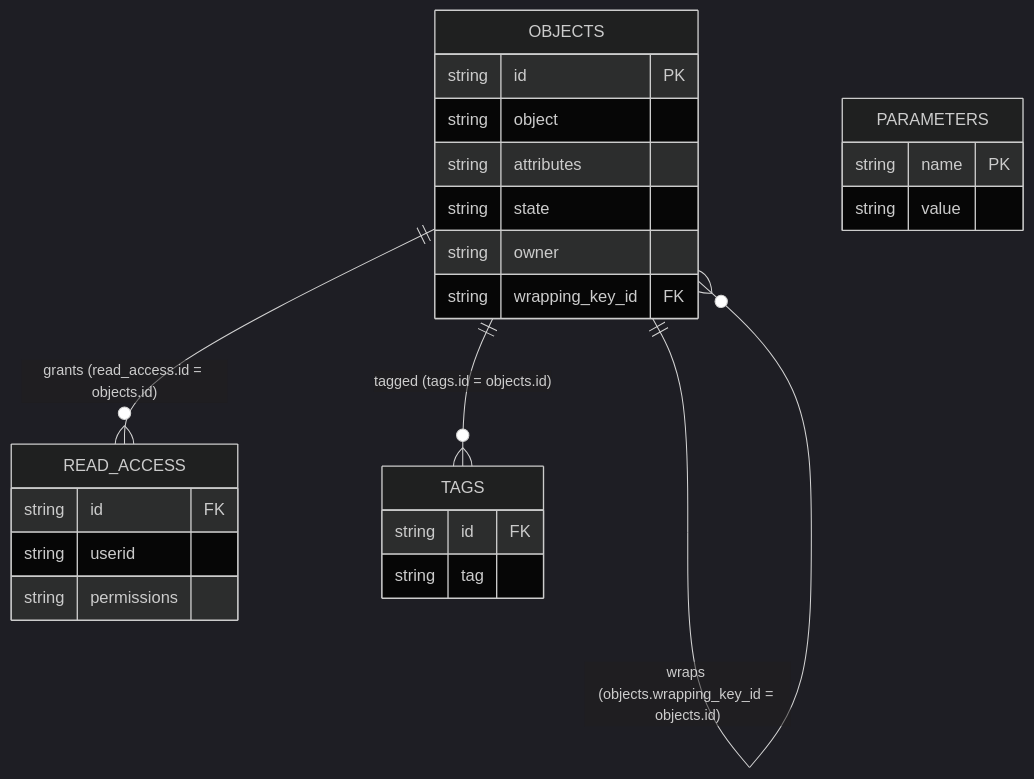
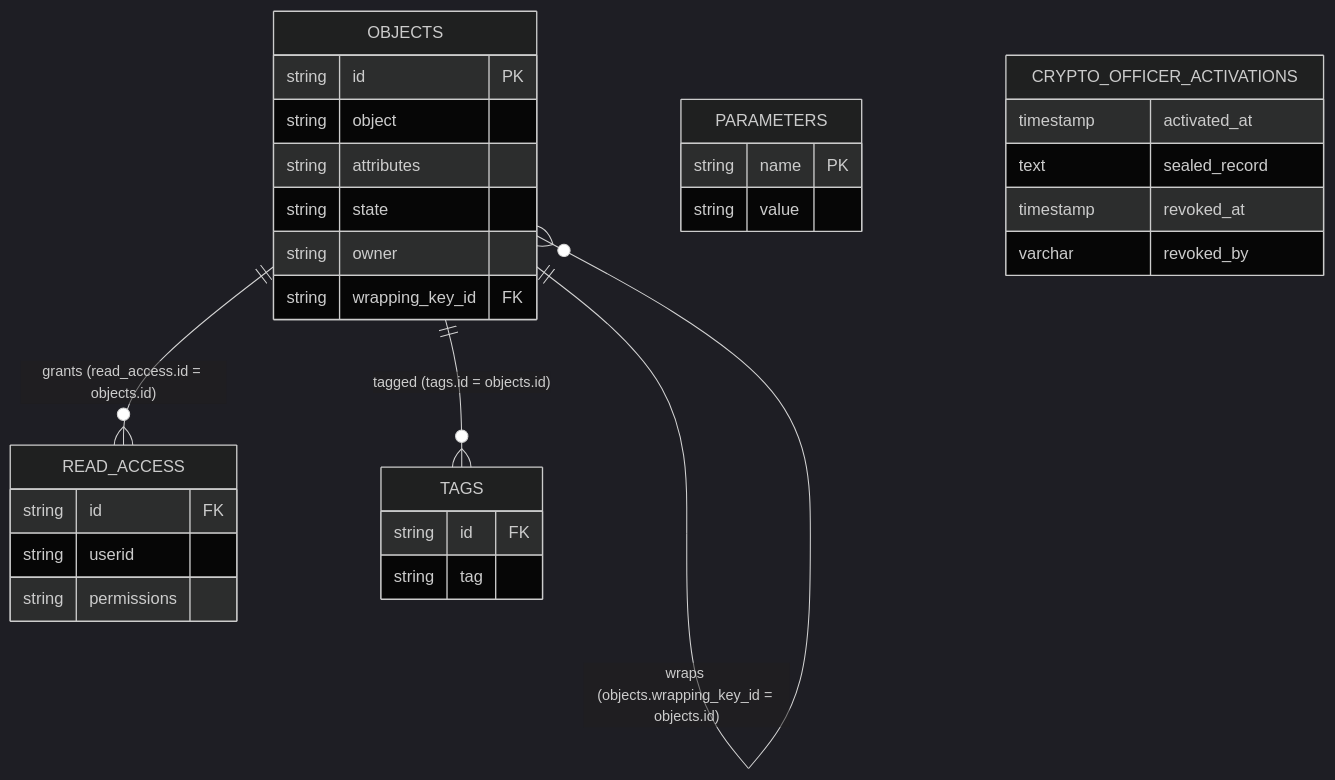
Before and after one commit to Cosmian/kms: the diagram in documentation/docs/configuration/database/tables.md, drawn with Mermaid (dark theme). The commit also changed other lines of this file and 2 other files, not shown here.

````diff
--- a/documentation/docs/configuration/database/tables.md
+++ b/documentation/docs/configuration/database/tables.md
@@ -22,27 +22,33 @@
 ```mermaid
 erDiagram
     OBJECTS ||--o{ READ_ACCESS : "grants (read_access.id = objects.id)"
     OBJECTS ||--o{ TAGS : "tagged (tags.id = objects.id)"
     OBJECTS ||--o{ OBJECTS : "wraps (objects.wrapping_key_id = objects.id)"
     PARAMETERS {
         string name PK
         string value
     }
     OBJECTS {
         string id PK
         string object
         string attributes
         string state
         string owner
         string wrapping_key_id FK
     }
     READ_ACCESS {
         string id FK
         string userid
         string permissions
     }
     TAGS {
         string id FK
         string tag
     }
+    CRYPTO_OFFICER_ACTIVATIONS {
+        timestamp activated_at
+        text sealed_record
+        timestamp revoked_at
+        varchar revoked_by
+    }
 ```
````
